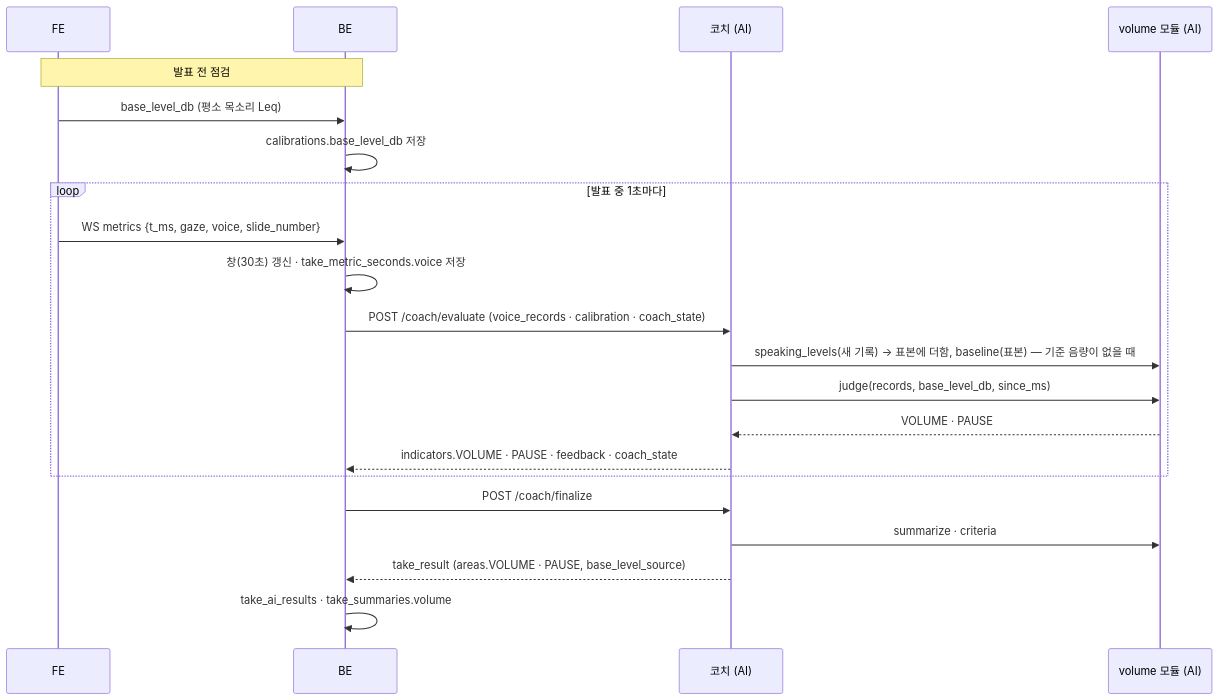
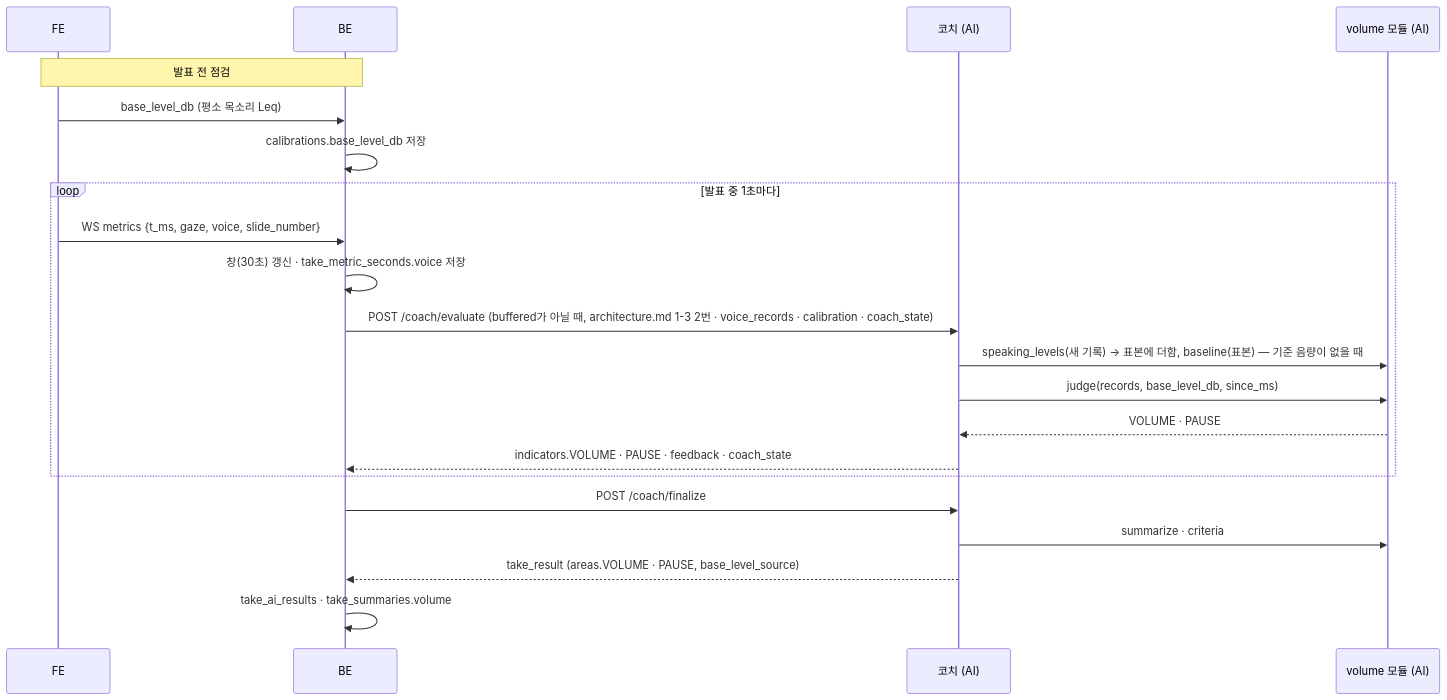
One commit to kakaotechcampus-4/ktc4-pusan-2 changed the second of 2 diagrams in docs/ai/features/volume.md. Above: the diagram before and after it, drawn with Mermaid. The commit also changed 3 other files, not shown here.

````diff
--- a/docs/ai/features/volume.md
+++ b/docs/ai/features/volume.md
@@ -310,23 +310,23 @@
 ```mermaid
 sequenceDiagram
     participant FE
     participant BE
     participant C as 코치 (AI)
     participant V as volume 모듈 (AI)
     Note over FE,BE: 발표 전 점검
     FE->>BE: base_level_db (평소 목소리 Leq)
     BE->>BE: calibrations.base_level_db 저장
     loop 발표 중 1초마다
         FE->>BE: WS metrics {t_ms, gaze, voice, slide_number}
         BE->>BE: 창(30초) 갱신 · take_metric_seconds.voice 저장
-        BE->>C: POST /coach/evaluate (voice_records · calibration · coach_state)
+        BE->>C: POST /coach/evaluate (buffered가 아닐 때, architecture.md 1-3 2번 · voice_records · calibration · coach_state)
         C->>V: speaking_levels(새 기록) → 표본에 더함, baseline(표본) — 기준 음량이 없을 때
         C->>V: judge(records, base_level_db, since_ms)
         V-->>C: VOLUME · PAUSE
         C-->>BE: indicators.VOLUME · PAUSE · feedback · coach_state
     end
     BE->>C: POST /coach/finalize
     C->>V: summarize · criteria
     C-->>BE: take_result (areas.VOLUME · PAUSE, base_level_source)
     BE->>BE: take_ai_results · take_summaries.volume
 ```
````
